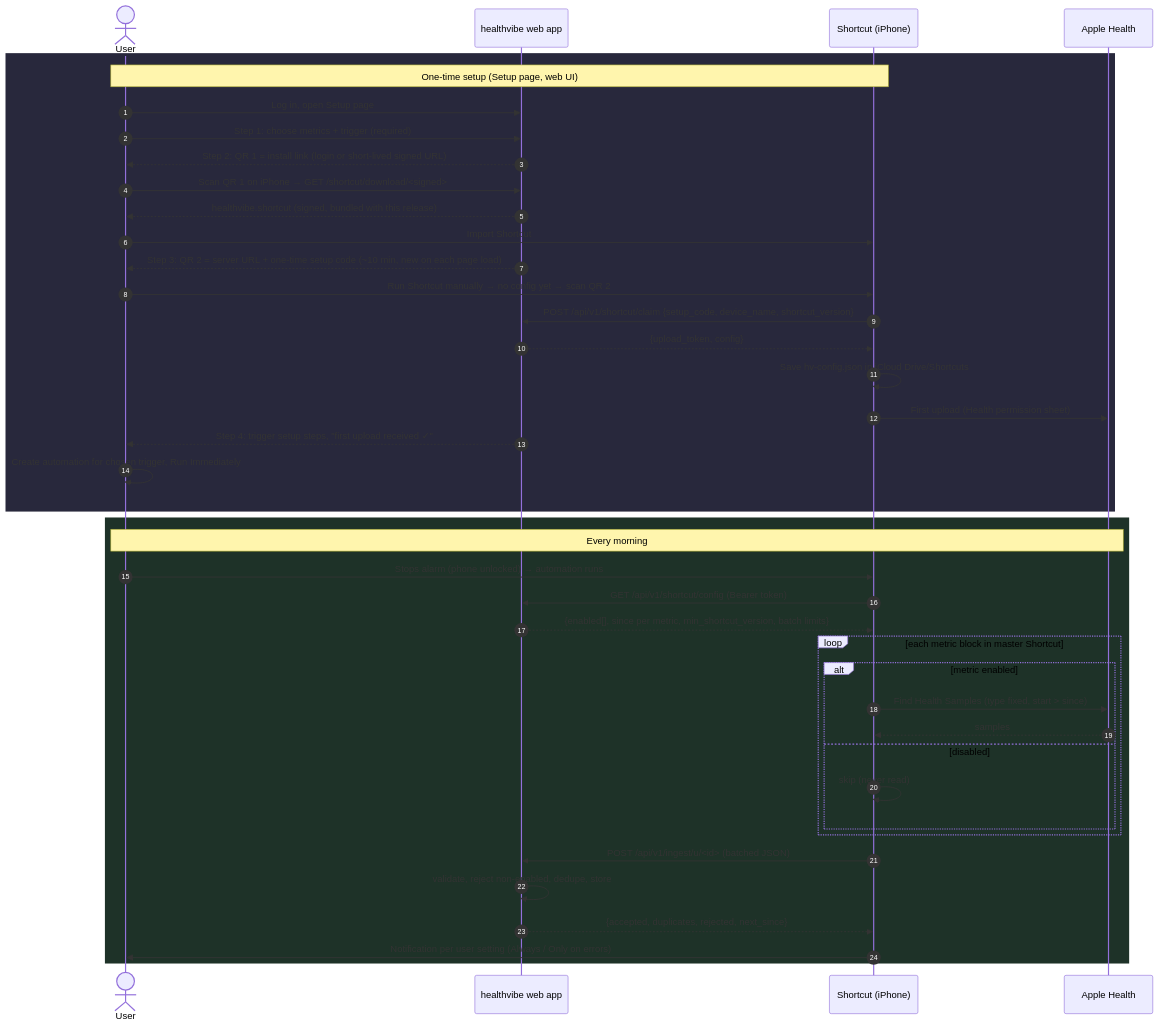
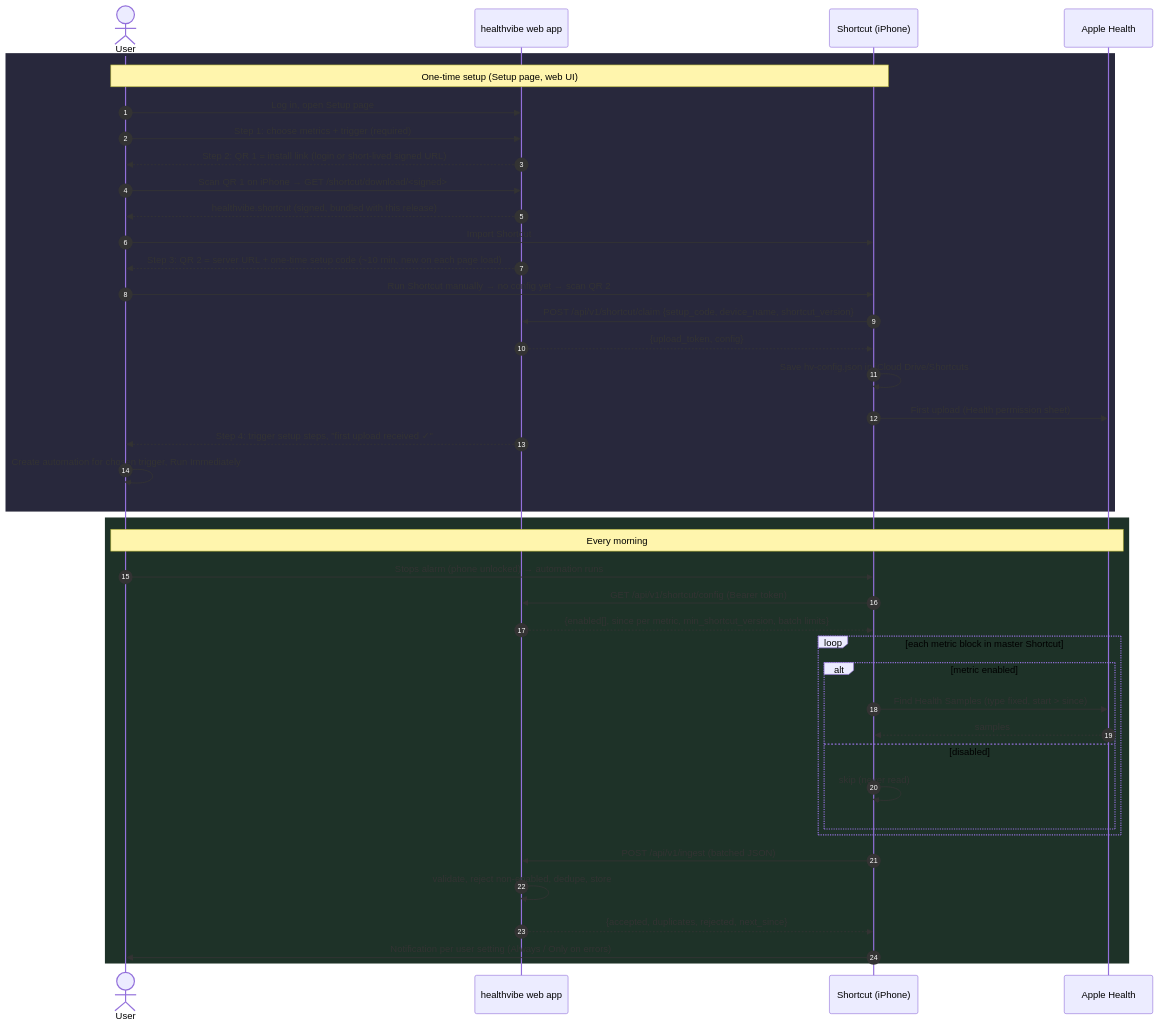
Before and after one commit to mortbrew/healthvibe: the diagram in docs/shortcut-design.md, drawn with Mermaid. The commit also changed other lines of this file and 3 other files, not shown here.

````diff
--- a/docs/shortcut-design.md
+++ b/docs/shortcut-design.md
@@ -23,45 +23,45 @@
 ```mermaid
 sequenceDiagram
     autonumber
     actor U as User
     participant W as healthvibe web app
     participant S as Shortcut (iPhone)
     participant H as Apple Health
 
     rect rgb(40,40,60)
     note over U,S: One-time setup (Setup page, web UI)
     U->>W: Log in, open Setup page
     U->>W: Step 1: choose metrics + trigger (required)
     W-->>U: Step 2: QR 1 = install link (login or short-lived signed URL)
     U->>W: Scan QR 1 on iPhone → GET /shortcut/download/<signed>
     W-->>U: healthvibe.shortcut (signed, bundled with this release)
     U->>S: Import Shortcut
     W-->>U: Step 3: QR 2 = server URL + one-time setup code (~10 min, new on each page load)
     U->>S: Run Shortcut manually → no config yet → scan QR 2
     S->>W: POST /api/v1/shortcut/claim {setup_code, device_name, shortcut_version}
     W-->>S: {upload_token, config}
     S->>S: Save hv-config.json in iCloud Drive/Shortcuts
     S->>H: First upload (Health permission sheet)
     W-->>U: Step 4: trigger setup steps, "first upload received ✓"
     U->>U: Create automation for chosen trigger, Run Immediately
     end
 
     rect rgb(30,50,40)
     note over U,H: Every morning
     U->>S: Stops alarm (phone unlocked) → automation runs
     S->>W: GET /api/v1/shortcut/config (Bearer token)
     W-->>S: {enabled[], since per metric, min_shortcut_version, batch limits}
     loop each metric block in master Shortcut
         alt metric enabled
             S->>H: Find Health Samples (type fixed, start > since)
             H-->>S: samples
         else disabled
             S->>S: skip (never read)
         end
     end
-    S->>W: POST /api/v1/ingest/u/<id> (batched JSON)
+    S->>W: POST /api/v1/ingest (batched JSON)
     W->>W: validate, reject non-enabled, dedupe, store
     W-->>S: {accepted, duplicates, rejected, next_since}
     S->>U: Notification per user setting (Always / Only on errors)
     end
 ```
````
